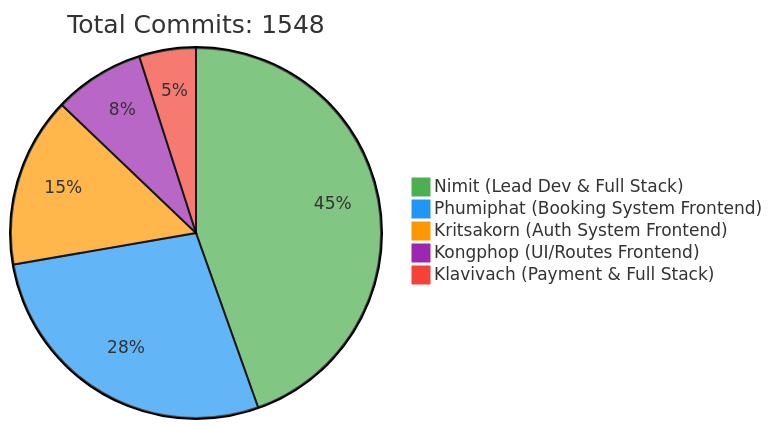
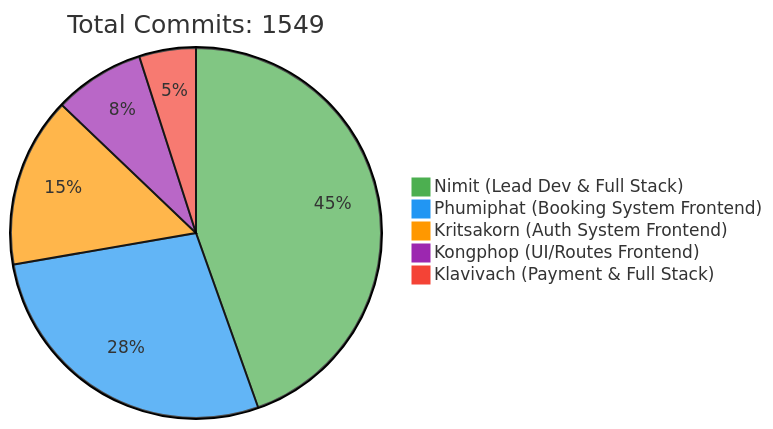
One commit to 6531503042/Sport-Complex changed the first of 2 diagrams in README.md. Above: the diagram before and after it, drawn with Mermaid. The commit also changed other lines of this file, not shown here.

Commit message:
docs: Update contributor statistics [skip ci]

````diff
--- a/README.md
+++ b/README.md
@@ -257,10 +257,10 @@
 ```mermaid
 %%{init: {'theme': 'base', 'themeVariables': { 'pie1': '#4CAF50', 'pie2': '#2196F3', 'pie3': '#FF9800', 'pie4': '#9C27B0', 'pie5': '#F44336'}}}%%
 pie
-    title Total Commits: 1548
+    title Total Commits: 1549
     "Nimit (Lead Dev & Full Stack)" : 450
     "Phumiphat (Booking System Frontend)" : 280
     "Kritsakorn (Auth System Frontend)" : 150
     "Kongphop (UI/Routes Frontend)" : 80
     "Klavivach (Payment & Full Stack)" : 50
 ```
````
